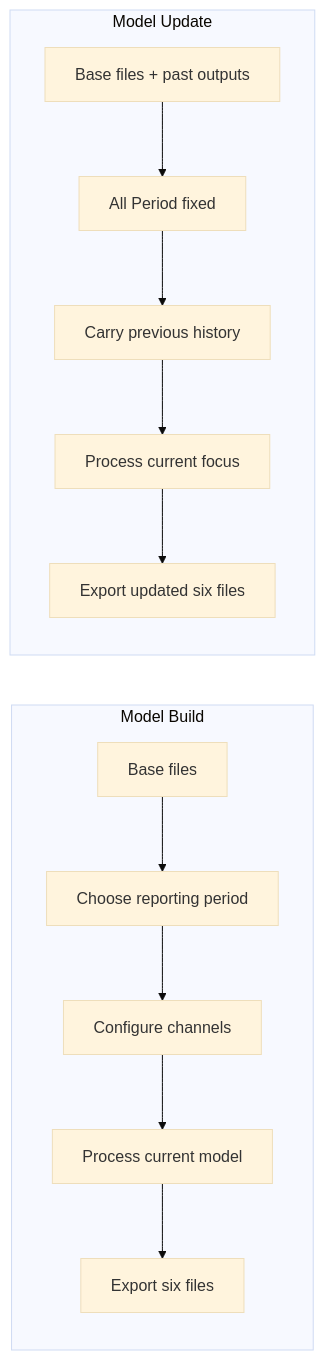
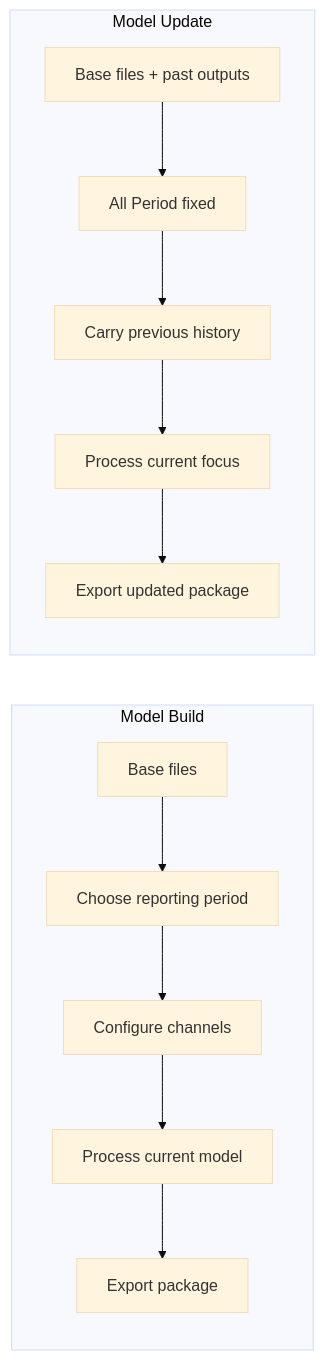
Before and after one commit to MiguelPalmaWpp/Split-Generator-for-PSO: the ninth of 9 diagrams in README.md, drawn with Mermaid (base theme). The commit also changed other lines of this file and 87 other files, not shown here.

````diff
--- a/README.md
+++ b/README.md
@@ -366,16 +379,16 @@
 ```mermaid
 flowchart LR
     subgraph Build["Model Build"]
         B1["Base files"] --> B2["Choose reporting period"]
         B2 --> B3["Configure channels"]
         B3 --> B4["Process current model"]
-        B4 --> B5["Export six files"]
+        B4 --> B5["Export package"]
     end
 
     subgraph Update["Model Update"]
         U1["Base files + past outputs"] --> U2["All Period fixed"]
         U2 --> U3["Carry previous history"]
         U3 --> U4["Process current focus"]
-        U4 --> U5["Export updated six files"]
+        U4 --> U5["Export updated package"]
     end
 ```
````
